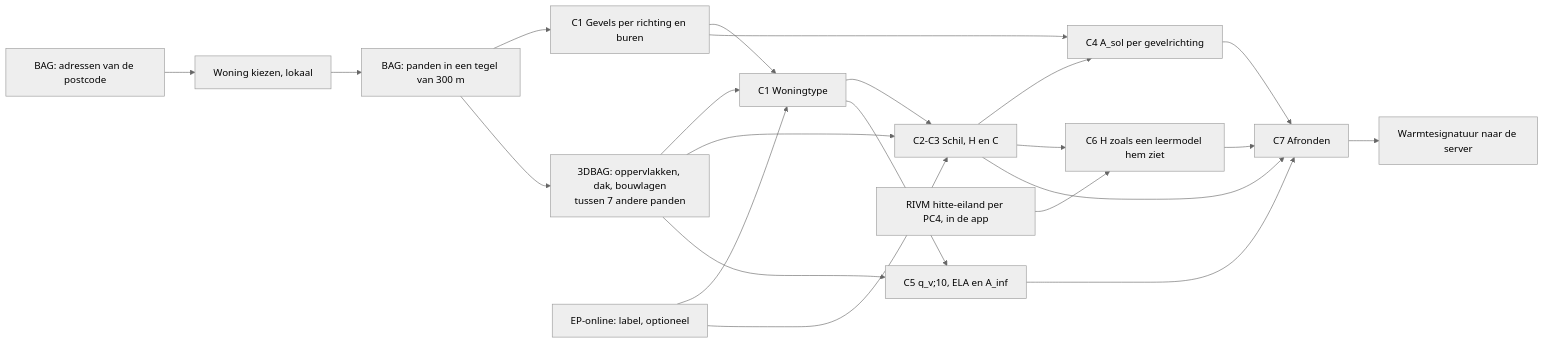
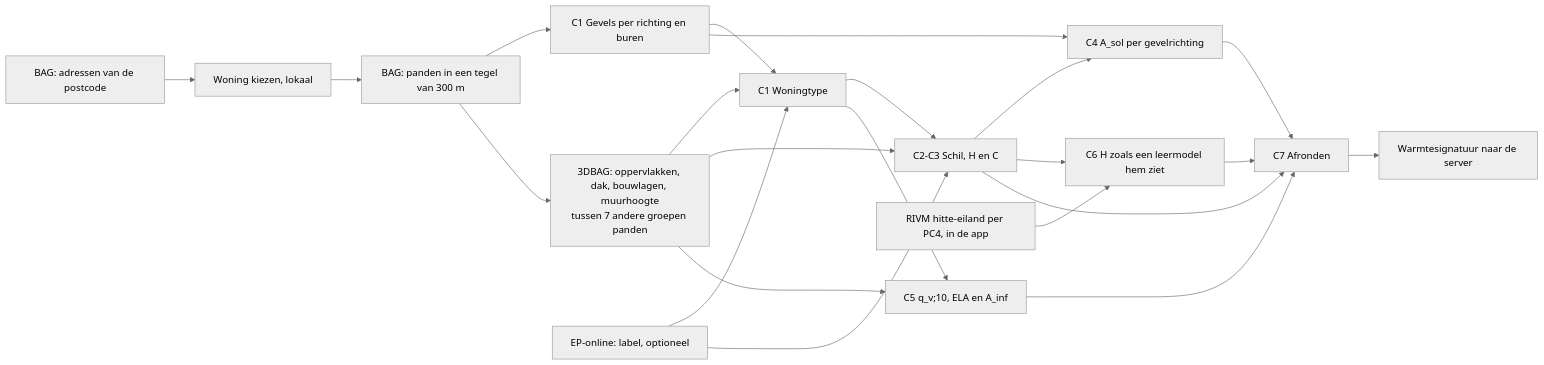
One commit to energiegedrag-nl/needforheat-gearup-app changed the diagram in docs/modelbijsluiter/warmtesignatuur.md. Above: the diagram before and after it, drawn with Mermaid (neutral theme). The commit also changed other lines of this file and 4 other files, not shown here.

````diff
--- a/docs/modelbijsluiter/warmtesignatuur.md
+++ b/docs/modelbijsluiter/warmtesignatuur.md
@@ -60,24 +60,24 @@
 ```mermaid
 graph LR
     PC6[BAG: adressen van de postcode] --> W[Woning kiezen, lokaal]
     W --> T[BAG: panden in een tegel van 300 m]
     T --> G[C1 Gevels per richting en buren]
-    T --> D3[3DBAG: oppervlakken, dak, bouwlagen<br/>tussen 7 andere panden]
+    T --> D3[3DBAG: oppervlakken, dak, bouwlagen, muurhoogte<br/>tussen 7 andere groepen panden]
     EP[EP-online: label, optioneel] --> TY
     G --> TY[C1 Woningtype]
     D3 --> TY
     TY --> HC[C2-C3 Schil, H en C]
     D3 --> HC
     EP --> HC
     G --> AS[C4 A_sol per gevelrichting]
     HC --> AS
     TY --> INF[C5 q_v;10, ELA en A_inf]
     D3 --> INF
     UHI[RIVM hitte-eiland per PC4, in de app] --> U[C6 H zoals een leermodel hem ziet]
     HC --> U
     U --> AF[C7 Afronden]
     HC --> AF
     AS --> AF
     INF --> AF
     AF --> S[Warmtesignatuur naar de server]
 ```
````
